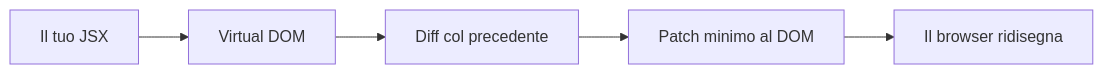
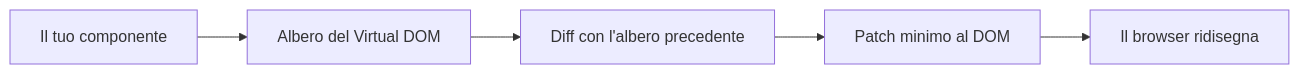
The first of 10 diagrams in arguments/chapters/it/01-fundamentals.md (BabaScience/react-guides), drawn with Mermaid before and after one commit. The commit also changed other lines of this file and 46 other files, not shown here.

````diff
--- a/arguments/chapters/it/01-fundamentals.md
+++ b/arguments/chapters/it/01-fundamentals.md
@@ -11,7 +66,7 @@
 ```mermaid
 graph LR
-    JSX[Il tuo JSX] --> VDOM[Virtual DOM]
-    VDOM --> Diff[Diff col precedente]
+    JSX[Il tuo componente] --> VDOM[Albero del Virtual DOM]
+    VDOM --> Diff[Diff con l'albero precedente]
     Diff --> Patch[Patch minimo al DOM]
     Patch --> Browser[Il browser ridisegna]
 ```
````
